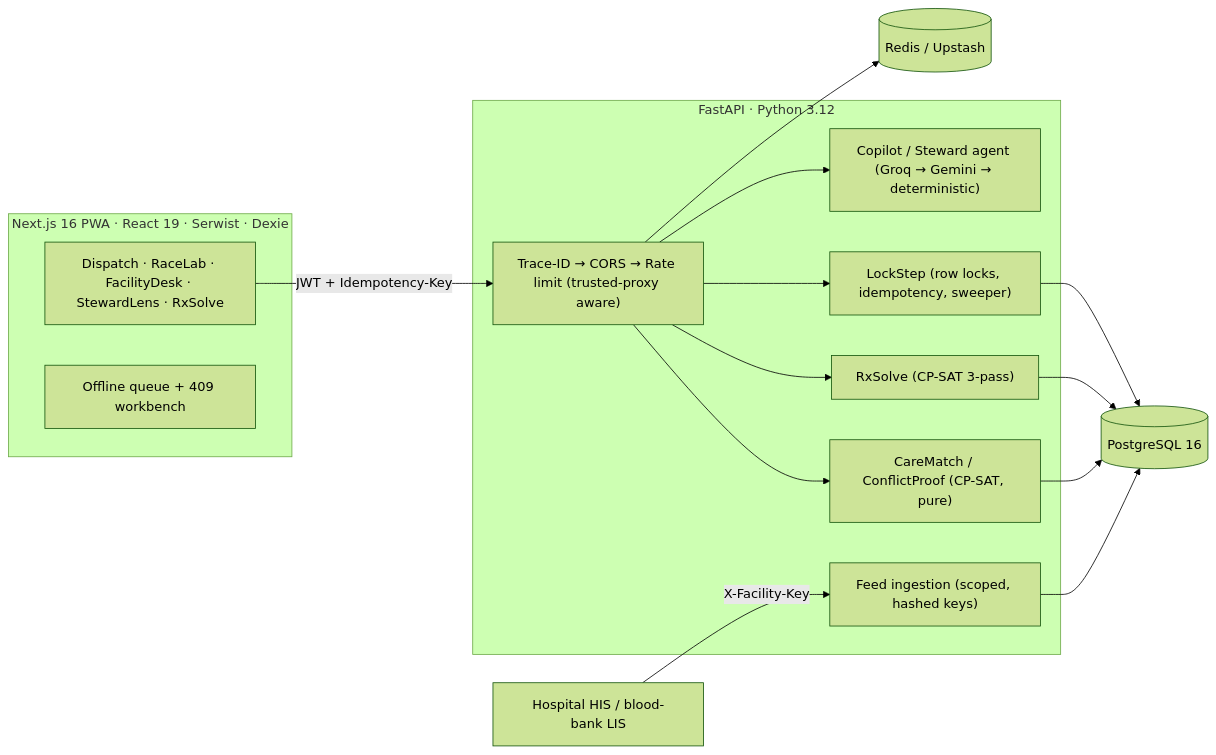
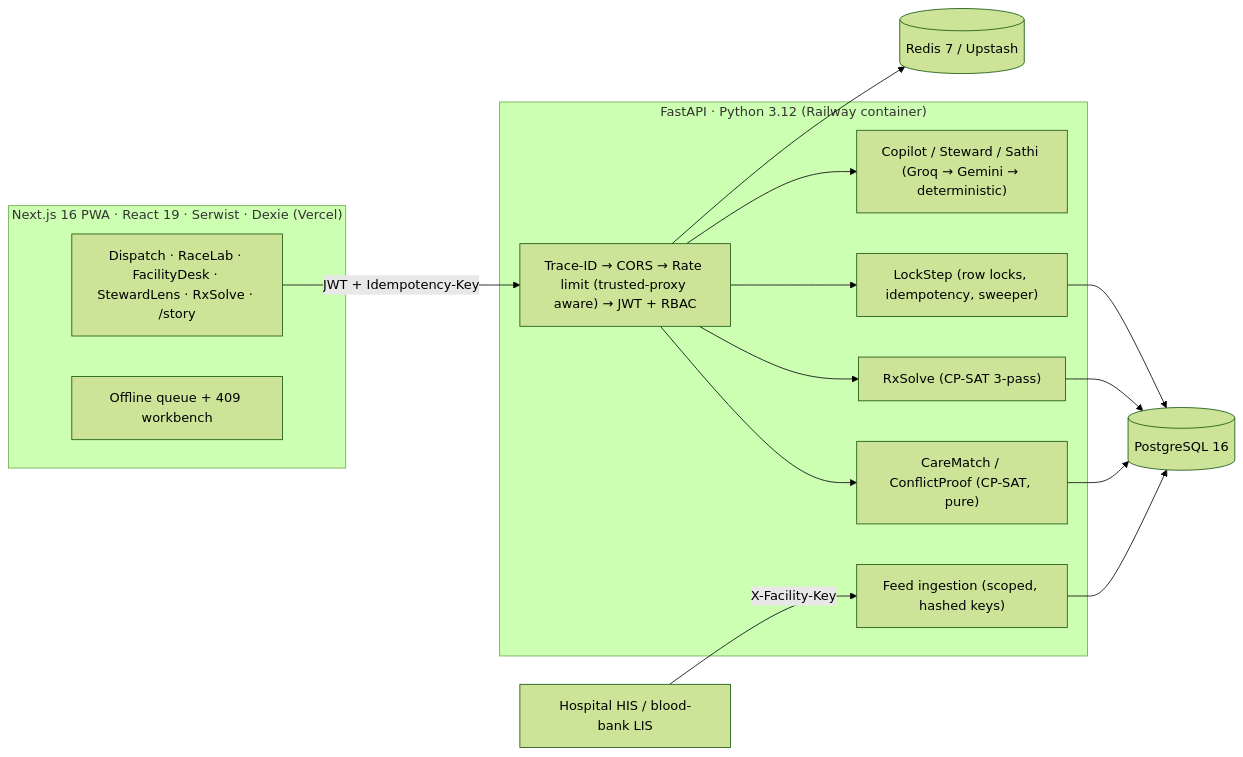
The diagram in README.md (lamu143/Shastho-Grid), drawn with Mermaid (forest theme) before and after one commit. The commit also changed other lines of this file and 29 other files, not shown here.

````diff
--- a/README.md
+++ b/README.md
@@ -42,20 +187,20 @@
 ```mermaid
 flowchart LR
-  subgraph Client["Next.js 16 PWA · React 19 · Serwist · Dexie"]
-    UI["Dispatch · RaceLab · FacilityDesk · StewardLens · RxSolve"]
+  subgraph Client["Next.js 16 PWA · React 19 · Serwist · Dexie  (Vercel)"]
+    UI["Dispatch · RaceLab · FacilityDesk · StewardLens · RxSolve · /story"]
     Q["Offline queue + 409 workbench"]
   end
-  subgraph API["FastAPI · Python 3.12"]
-    MW["Trace-ID → CORS → Rate limit (trusted-proxy aware)"]
+  subgraph API["FastAPI · Python 3.12  (Railway container)"]
+    MW["Trace-ID → CORS → Rate limit (trusted-proxy aware) → JWT + RBAC"]
     CM["CareMatch / ConflictProof (CP-SAT, pure)"]
     RX["RxSolve (CP-SAT 3-pass)"]
     LS["LockStep (row locks, idempotency, sweeper)"]
     FD["Feed ingestion (scoped, hashed keys)"]
-    AI["Copilot / Steward agent (Groq → Gemini → deterministic)"]
+    AI["Copilot / Steward / Sathi (Groq → Gemini → deterministic)"]
   end
   HIS["Hospital HIS / blood-bank LIS"] -- X-Facility-Key --> FD
   UI -- JWT + Idempotency-Key --> MW
   MW --> CM & RX & LS & AI
   LS & FD & CM & RX --> PG[("PostgreSQL 16")]
-  MW --> R[("Redis / Upstash")]
+  MW --> R[("Redis 7 / Upstash")]
 ```
````
